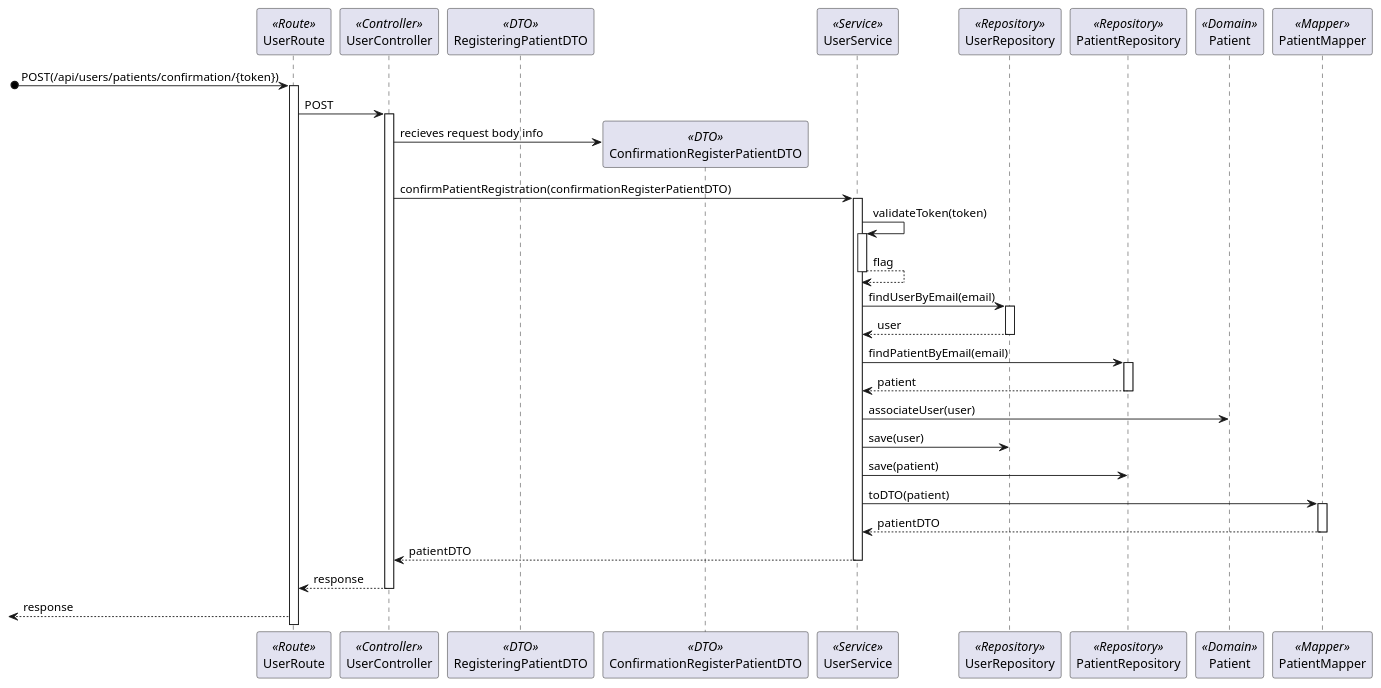
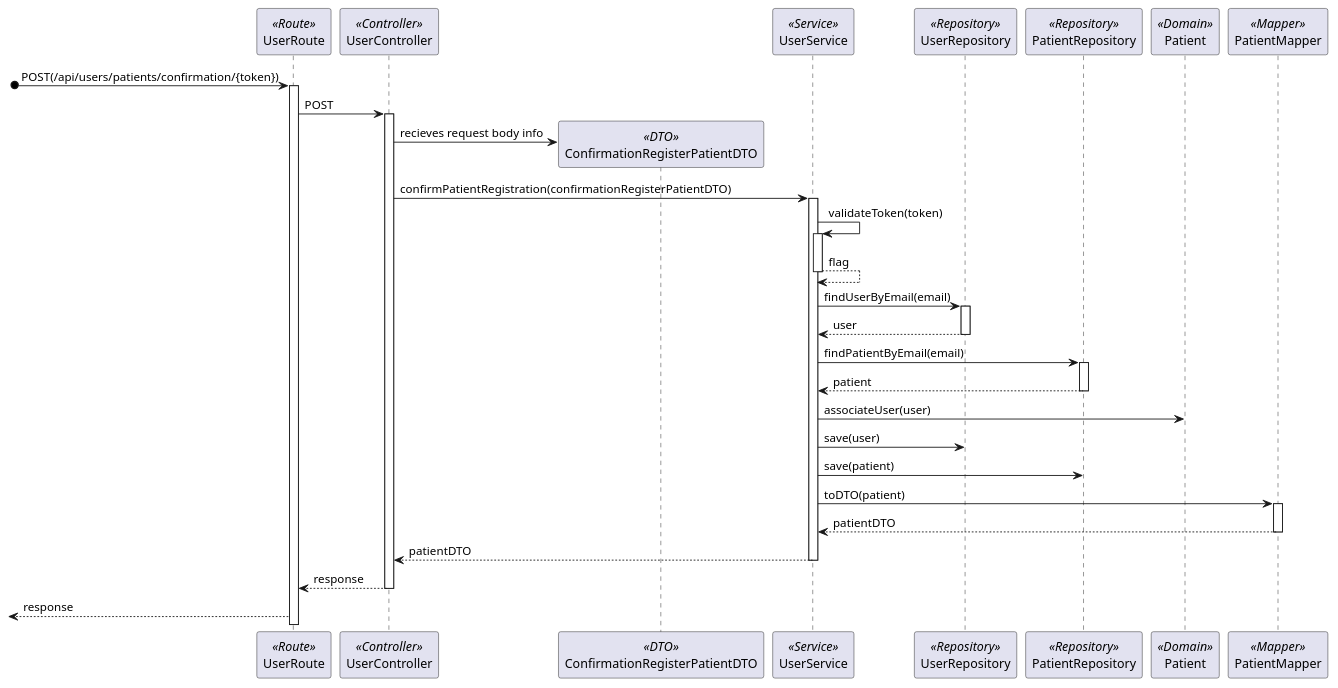
Before and after one commit to Rodrick0209/ISEP-SEM5PI-24-25: the diagram in docs/Sprint_1/US_5.1.3/L3/Process_View_Posterior_Confirmation.puml, drawn with PlantUML. The commit also changed 1 other file, not shown here.

Commit message:
US 5.1.3 Design (Fixed Level 3 Posterior Confirmation Process View Diagram) #4

```diff
--- a/docs/Sprint_1/US_5.1.3/L3/Process_View_Posterior_Confirmation.puml
+++ b/docs/Sprint_1/US_5.1.3/L3/Process_View_Posterior_Confirmation.puml
@@ -2,38 +2,37 @@
 @startuml Process_View_Posterior_Confirmation
 participant UserRoute as Route <<Route>>
 participant UserController as Controller <<Controller>>
-participant RegisteringPatientDTO as DTO <<DTO>>
 participant ConfirmationRegisterPatientDTO as ConfirmationDTO <<DTO>>
 participant UserService as Service <<Service>>
 participant UserRepository as Repository <<Repository>>
 participant PatientRepository as PatientRepository <<Repository>> 
 participant Patient as Patient <<Domain>>
 participant PatientMapper as Mapper <<Mapper>>
 [o-> Route : POST(/api/users/patients/confirmation/{token})
 activate Route
 Route -> Controller : POST
 activate Controller
 Controller -> ConfirmationDTO** : recieves request body info
 Controller -> Service : confirmPatientRegistration(confirmationRegisterPatientDTO)
 activate Service
 Service -> Service : validateToken(token)
 activate Service
 return flag
 Service -> Repository : findUserByEmail(email)
 activate Repository
 return user 
 Service -> PatientRepository : findPatientByEmail(email)
 activate PatientRepository
 return patient
 Service -> Patient : associateUser(user)
 Service -> Repository : save(user)
 Service -> PatientRepository : save(patient)
 Service -> Mapper : toDTO(patient)
 activate Mapper
 return patientDTO
 Service --> Controller : patientDTO
 deactivate Service
 Controller --> Route : response
 deactivate Controller
 <-- Route : response
 @enduml
```
